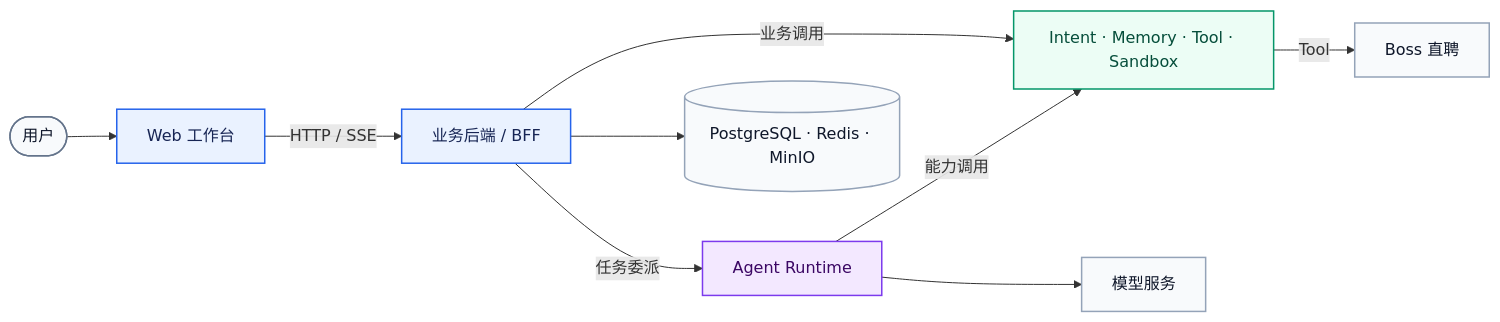
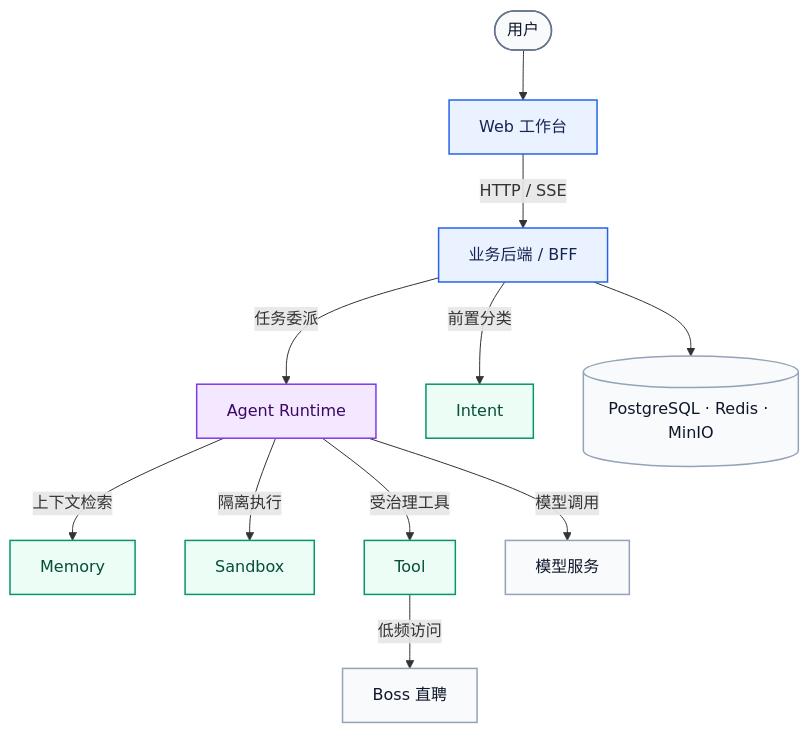
The first of 2 diagrams in README.md (Logistic98/job-buddy), drawn with Mermaid before and after one commit. The commit also changed other lines of this file and 32 other files, not shown here.

````diff
--- a/README.md
+++ b/README.md
@@ -18,23 +18,25 @@
 ```mermaid
-graph LR
+graph TD
     USER(["用户"]) --> FE["Web 工作台"]
     FE -->|HTTP / SSE| BE["业务后端 / BFF"]
     BE -->|任务委派| RT["Agent Runtime"]
-    BE -->|业务调用| SERVICES["Intent · Memory · Tool · Sandbox"]
-    RT -->|能力调用| SERVICES
+    BE -->|前置分类| INTENT["Intent"]
+    RT -->|上下文检索| MEMORY["Memory"]
+    RT -->|隔离执行| SANDBOX["Sandbox"]
+    RT -->|受治理工具| TOOL["Tool"]
     BE --> DATA[("PostgreSQL · Redis · MinIO")]
-    RT --> MODEL["模型服务"]
-    SERVICES -->|Tool| BOSS["Boss 直聘"]
+    RT -->|模型调用| MODEL["模型服务"]
+    TOOL -->|低频访问| BOSS["Boss 直聘"]
 
     classDef actor fill:#F8FAFC,stroke:#64748B,color:#0F172A,stroke-width:1.5px;
     classDef entry fill:#EAF2FF,stroke:#2563EB,color:#172554,stroke-width:1.5px;
     classDef core fill:#F3E8FF,stroke:#7C3AED,color:#3B0764,stroke-width:1.5px;
     classDef service fill:#ECFDF5,stroke:#059669,color:#064E3B,stroke-width:1.5px;
     classDef resource fill:#F8FAFC,stroke:#94A3B8,color:#0F172A,stroke-width:1.5px;
 
     class USER actor;
     class FE,BE entry;
     class RT core;
-    class SERVICES service;
+    class INTENT,MEMORY,SANDBOX,TOOL service;
     class DATA,MODEL,BOSS resource;
 ```
````
